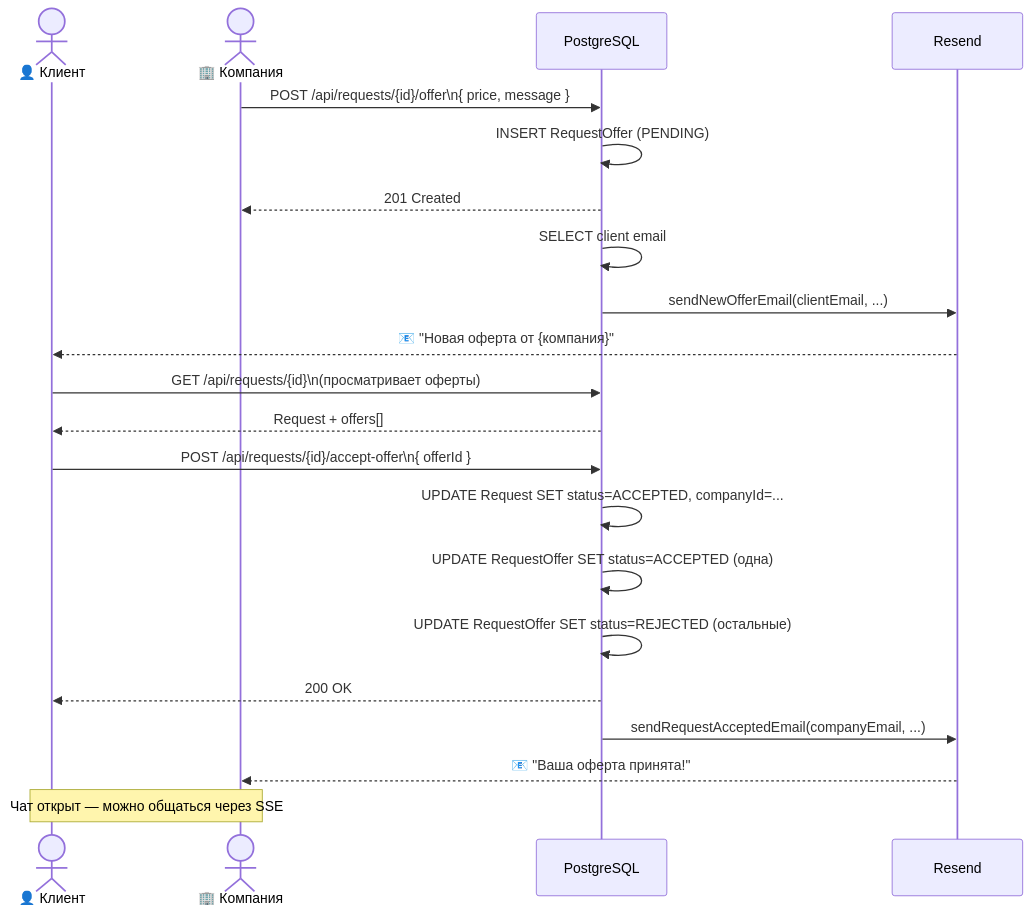
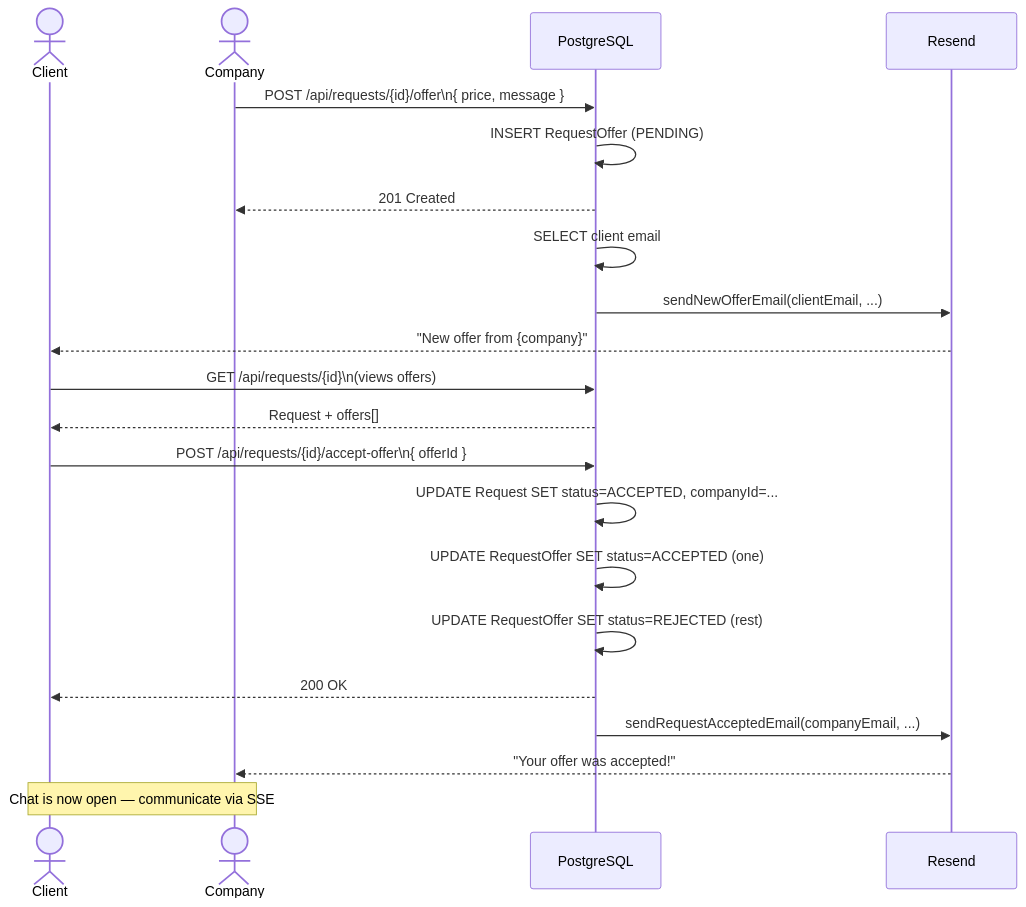
The fifth of 10 diagrams in diploma.md (Asanali2077/remont_kz), drawn with Mermaid before and after one commit. The commit also changed other lines of this file and 2 other files, not shown here.

````diff
--- a/diploma.md
+++ b/diploma.md
@@ -1253,29 +1390,29 @@
 ```mermaid
 sequenceDiagram
-    actor C as 👤 Клиент
-    actor Co as 🏢 Компания
+    actor C as Client
+    actor Co as Company
     participant DB as PostgreSQL
     participant Email as Resend
 
     Co->>DB: POST /api/requests/{id}/offer\n{ price, message }
     DB->>DB: INSERT RequestOffer (PENDING)
     DB-->>Co: 201 Created
 
     DB->>DB: SELECT client email
     DB->>Email: sendNewOfferEmail(clientEmail, ...)
-    Email-->>C: 📧 "Новая оферта от {компания}"
+    Email-->>C: "New offer from {company}"
 
-    C->>DB: GET /api/requests/{id}\n(просматривает оферты)
+    C->>DB: GET /api/requests/{id}\n(views offers)
     DB-->>C: Request + offers[]
 
     C->>DB: POST /api/requests/{id}/accept-offer\n{ offerId }
     DB->>DB: UPDATE Request SET status=ACCEPTED, companyId=...
-    DB->>DB: UPDATE RequestOffer SET status=ACCEPTED (одна)
-    DB->>DB: UPDATE RequestOffer SET status=REJECTED (остальные)
+    DB->>DB: UPDATE RequestOffer SET status=ACCEPTED (one)
+    DB->>DB: UPDATE RequestOffer SET status=REJECTED (rest)
     DB-->>C: 200 OK
 
     DB->>Email: sendRequestAcceptedEmail(companyEmail, ...)
-    Email-->>Co: 📧 "Ваша оферта принята!"
+    Email-->>Co: "Your offer was accepted!"
 
-    Note over C,Co: Чат открыт — можно общаться через SSE
+    Note over C,Co: Chat is now open — communicate via SSE
 ```
````
